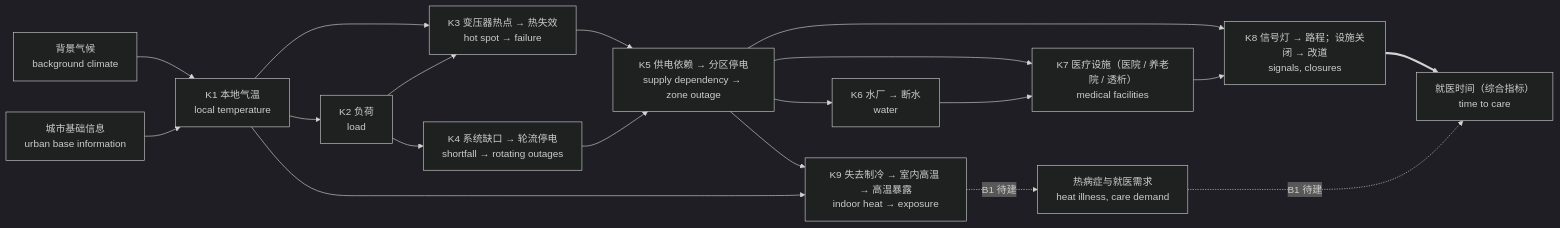
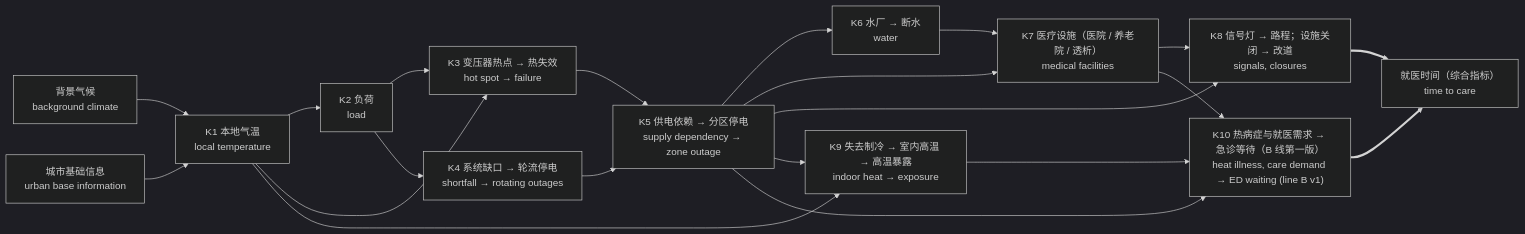
Before and after one commit to hibu-11/nashville-heat-twin: the diagram in docs/CORE_MODEL.md, drawn with Mermaid (dark theme). The commit also changed other lines of this file and 11 other files, not shown here.

````diff
--- a/docs/CORE_MODEL.md
+++ b/docs/CORE_MODEL.md
@@ -41,21 +41,23 @@
 ```mermaid
 flowchart LR
   BG["背景气候<br/>background climate"] --> K1["K1 本地气温<br/>local temperature"]
   UB["城市基础信息<br/>urban base information"] --> K1
   K1 --> K2["K2 负荷<br/>load"]
   K1 --> K3["K3 变压器热点 → 热失效<br/>hot spot → failure"]
   K2 --> K3
   K2 --> K4["K4 系统缺口 → 轮流停电<br/>shortfall → rotating outages"]
   K3 --> K5["K5 供电依赖 → 分区停电<br/>supply dependency → zone outage"]
   K4 --> K5
   K5 --> K6["K6 水厂 → 断水<br/>water"]
   K5 --> K7["K7 医疗设施（医院 / 养老院 / 透析）<br/>medical facilities"]
   K6 --> K7
   K5 --> K8["K8 信号灯 → 路程；设施关闭 → 改道<br/>signals, closures"]
   K7 --> K8
   K8 ==> T["就医时间（综合指标）<br/>time to care"]
   K5 --> K9["K9 失去制冷 → 室内高温 → 高温暴露<br/>indoor heat → exposure"]
   K1 --> K9
-  K9 -. B1 待建 .-> B["热病症与就医需求<br/>heat illness, care demand"]
-  B -. B1 待建 .-> T
+  K9 --> K10["K10 热病症与就医需求 → 急诊等待（B 线第一版）<br/>heat illness, care demand → ED waiting (line B v1)"]
+  K5 --> K10
+  K7 --> K10
+  K10 ==> T
 ```
````
